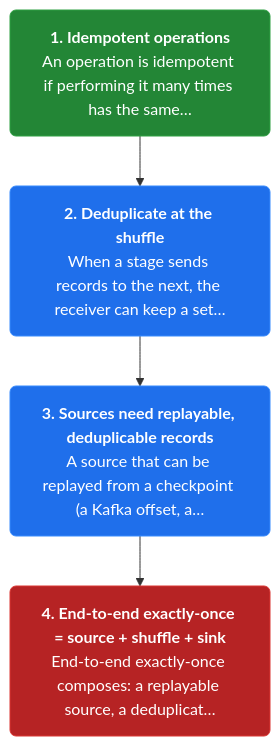
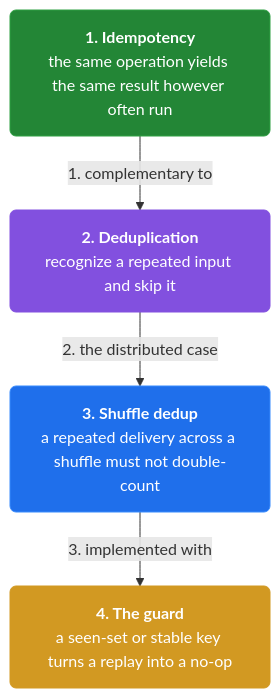
The second of 19 diagrams in docs/ch05-exactly-once-and-side-effects.md (vinayakuber/streaming-systems-study-guide), drawn with Mermaid before and after one commit. The commit also changed other lines of this file and 12 other files, not shown here.

First line of the commit message:
Author per-section and per-card mermaid diagrams (110 diagrams)

````diff
--- a/docs/ch05-exactly-once-and-side-effects.md
+++ b/docs/ch05-exactly-once-and-side-effects.md
@@ -52,13 +56,15 @@
 ```mermaid
 flowchart TD
-  classDef step fill:#1f6feb,color:#ffffff,stroke:#388bfd,stroke-width:1px,rx:6
+  classDef step fill:#1f6feb,color:#ffffff,stroke:#388bfd,rx:6
+  classDef core fill:#8250df,color:#ffffff,stroke:#8250df,rx:6
+  classDef warn fill:#d29922,color:#ffffff,stroke:#d29922,rx:6
   classDef start fill:#238636,color:#ffffff,stroke:#2ea043,rx:6
   classDef stop fill:#b62324,color:#ffffff,stroke:#da3633,rx:6
-  s1n0["<b>1. Idempotent operations</b><br/>An operation is idempotent if performing it many times has the same…"]:::start
-  s1n1["<b>2. Deduplicate at the shuffle</b><br/>When a stage sends records to the next, the receiver can keep a set…"]:::step
-  s1n2["<b>3. Sources need replayable, deduplicable records</b><br/>A source that can be replayed from a checkpoint (a Kafka offset, a…"]:::step
-  s1n3["<b>4. End-to-end exactly-once = source + shuffle + sink</b><br/>End-to-end exactly-once composes: a replayable source, a deduplicat…"]:::stop
-  s1n0 --> s1n1
-  s1n1 --> s1n2
-  s1n2 --> s1n3
+  n0["<b>1. Idempotency</b><br/>the same operation yields the same result however often run"]:::start
+  n1["<b>2. Deduplication</b><br/>recognize a repeated input and skip it"]:::core
+  n2["<b>3. Shuffle dedup</b><br/>a repeated delivery across a shuffle must not double-count"]:::step
+  n3["<b>4. The guard</b><br/>a seen-set or stable key turns a replay into a no-op"]:::warn
+  n0 -->|"1. complementary to"| n1
+  n1 -->|"2. the distributed case"| n2
+  n2 -->|"3. implemented with"| n3
 ```
````
